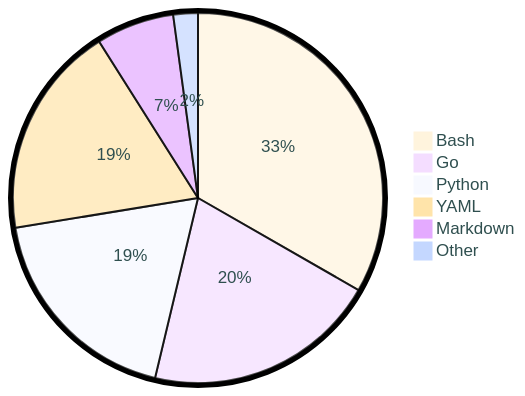
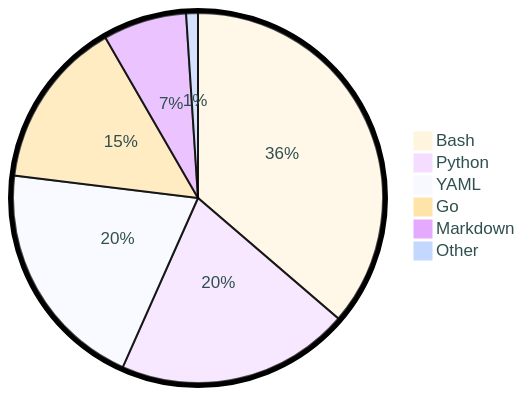
One commit to tot0p/tot0p changed the diagram in README.md. Above: the diagram before and after it, drawn with Mermaid. The commit also changed other lines of this file, not shown here.

````diff
--- a/README.md
+++ b/README.md
@@ -75,10 +75,10 @@
 ```mermaid
 %%{init: {"pie": {"textPosition": 0.5}, "themeVariables": {"pieOuterStrokeWidth": "5px","primaryTextColor" : "#2F4F4F"},"theme":"base"} }%%
 pie
-	"Bash": 33.29
-	"Go": 20.44
-	"Python": 18.69
-	"YAML": 18.61
-	"Markdown": 6.82
-	"Other": 2.15
+	"Bash": 36.3
+	"Python": 20.37
+	"YAML": 20.28
+	"Go": 14.73
+	"Markdown": 7.31
+	"Other": 1.03
 ```
````
